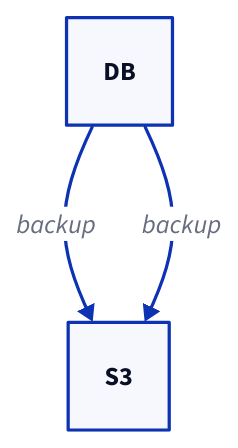
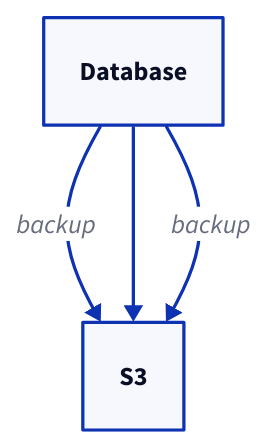
One commit to terrastruct/d2-docs changed the fifth of 8 diagrams in docs/tour/connections.md. Above: the diagram before and after it, drawn with D2. The commit also changed 3 other files, not shown here.

````diff
--- a/docs/tour/connections.md
+++ b/docs/tour/connections.md
@@ -69,4 +69,5 @@
 ```d2
-DB -> S3: backup
-DB -> S3: backup
+Database -> S3: backup
+Database -> S3
+Database -> S3: backup
 ```
````
